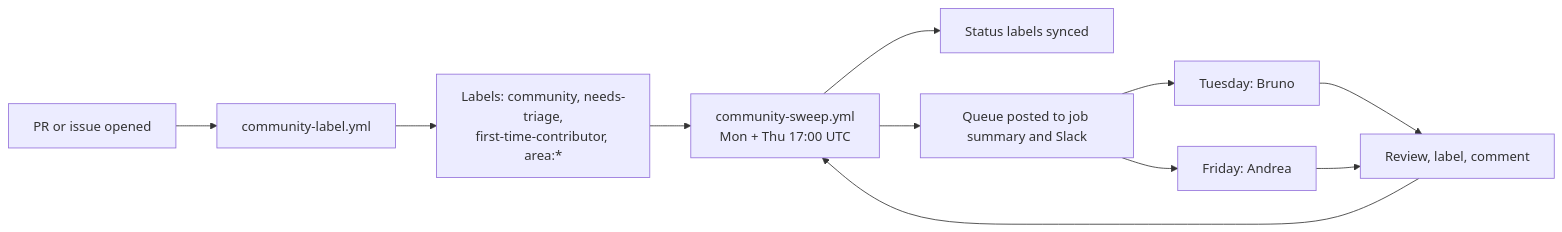
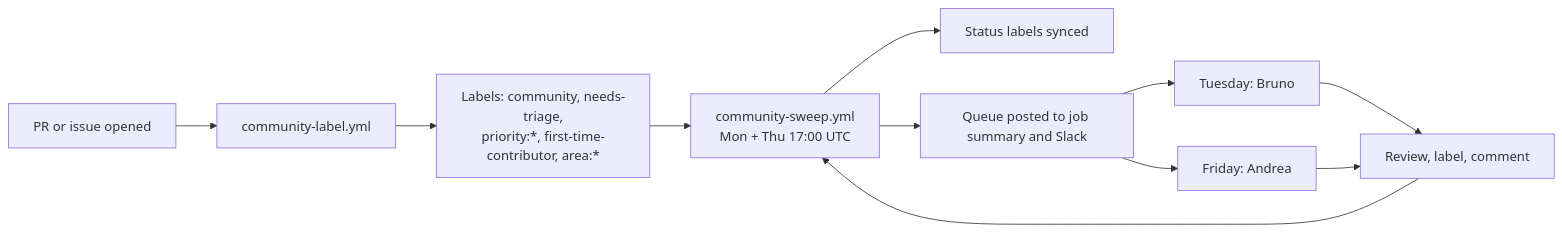
One commit to Kilo-Org/kilocode changed the first of 2 diagrams in docs/community-triage.md. Above: the diagram before and after it, drawn with Mermaid. The commit also changed other lines of this file and 2 other files, not shown here.

Commit message:
refactor: simplify community triage labels and set priority upfront

````diff
--- a/docs/community-triage.md
+++ b/docs/community-triage.md
@@ -11,13 +11,13 @@
 ```mermaid
 flowchart LR
     A[PR or issue opened] --> B[community-label.yml]
-    B --> C[Labels: community, needs-triage,<br/>first-time-contributor, area:*]
+    B --> C[Labels: community, needs-triage,<br/>priority:*, first-time-contributor, area:*]
     C --> D[community-sweep.yml<br/>Mon + Thu 17:00 UTC]
     D --> E[Status labels synced]
     D --> F[Queue posted to job summary and Slack]
     F --> G[Tuesday: Bruno]
     F --> H[Friday: Andrea]
     G --> I[Review, label, comment]
     H --> I
     I --> D
 ```
````
